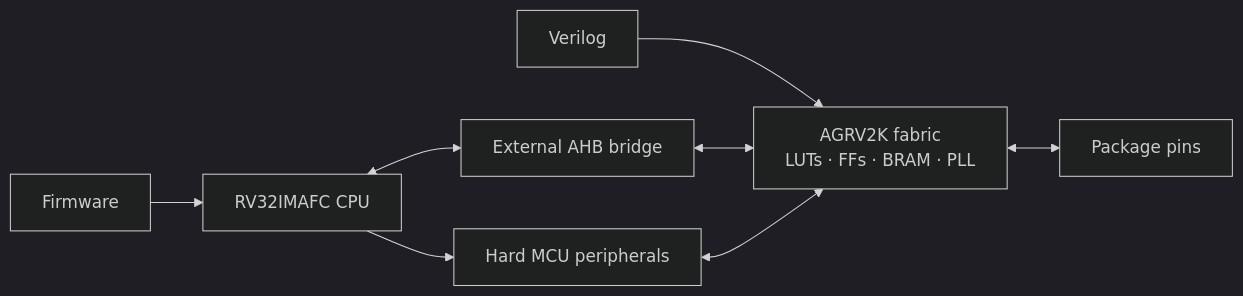
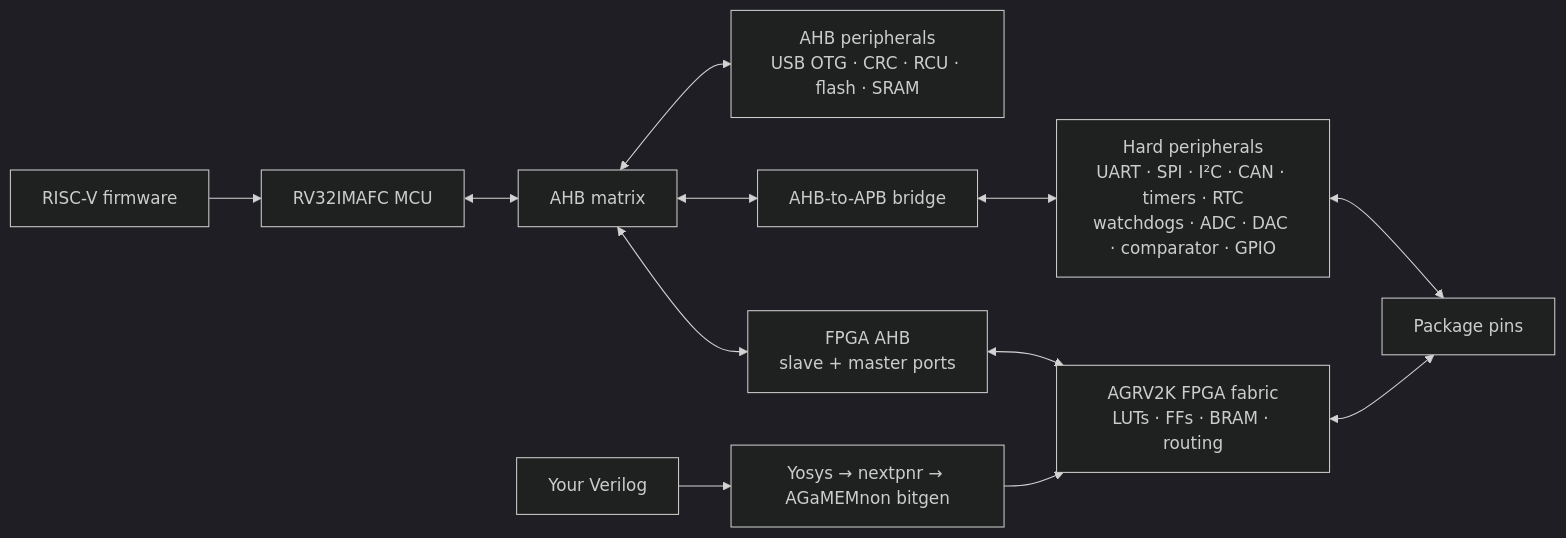
One commit to bbenchoff/AGaMEMnon changed the diagram in docs/AG32_OVERVIEW.md. Above: the diagram before and after it, drawn with Mermaid (dark theme). The commit also changed other lines of this file and 15 other files, not shown here.

````diff
--- a/docs/AG32_OVERVIEW.md
+++ b/docs/AG32_OVERVIEW.md
@@ -14,10 +14,19 @@
 ```mermaid
 flowchart LR
-    FW["Firmware"] --> CPU["RV32IMAFC CPU"]
-    CPU --> PERIPH["Hard MCU peripherals"]
-    CPU <--> AHB["External AHB bridge"]
-    RTL["Verilog"] --> FABRIC["AGRV2K fabric<br/>LUTs · FFs · BRAM · PLL"]
-    AHB <--> FABRIC
-    PERIPH <--> FABRIC
-    FABRIC <--> PINS["Package pins"]
+    FW["RISC-V firmware"] --> MCU["RV32IMAFC MCU"]
+
+    MCU <--> AHB["AHB matrix"]
+
+    AHB <--> AHBP["AHB peripherals<br/>USB OTG · CRC · RCU · flash · SRAM"]
+    AHB <--> APB["AHB-to-APB bridge"]
+    APB <--> HARD["Hard peripherals<br/>UART · SPI · I²C · CAN · timers · RTC<br/>watchdogs · ADC · DAC · comparator · GPIO"]
+
+    RTL["Your Verilog"] --> FLOW["Yosys → nextpnr → AGaMEMnon bitgen"]
+    FLOW --> FABRIC["AGRV2K FPGA fabric<br/>LUTs · FFs · BRAM · routing"]
+
+    AHB <--> PORTS["FPGA AHB<br/>slave + master ports"]
+    PORTS <--> FABRIC
+
+    HARD <--> PINS["Package pins"]
+    FABRIC <--> PINS
 ```
````
